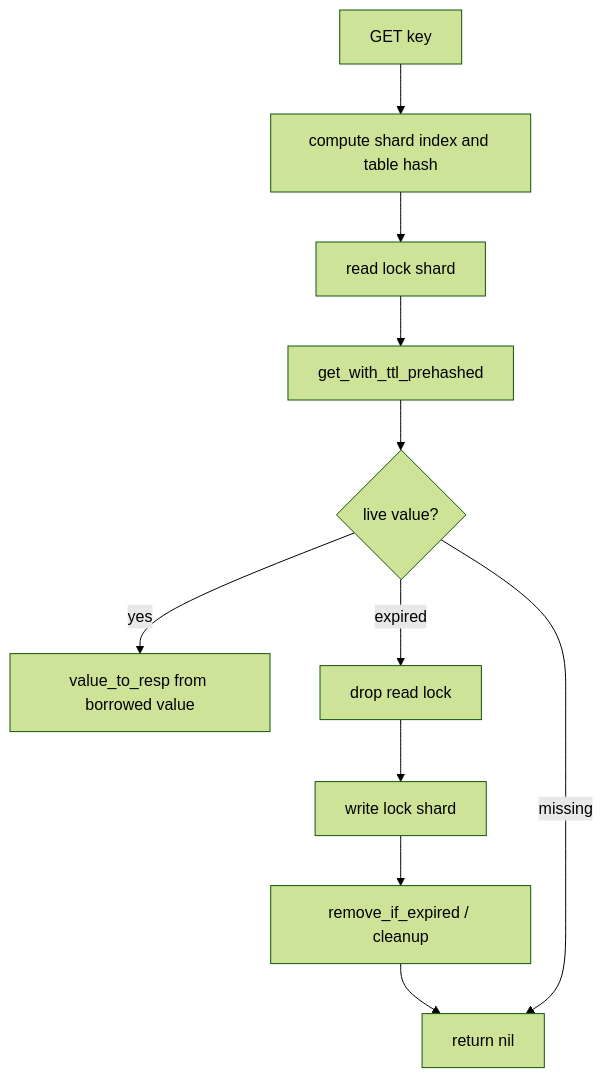
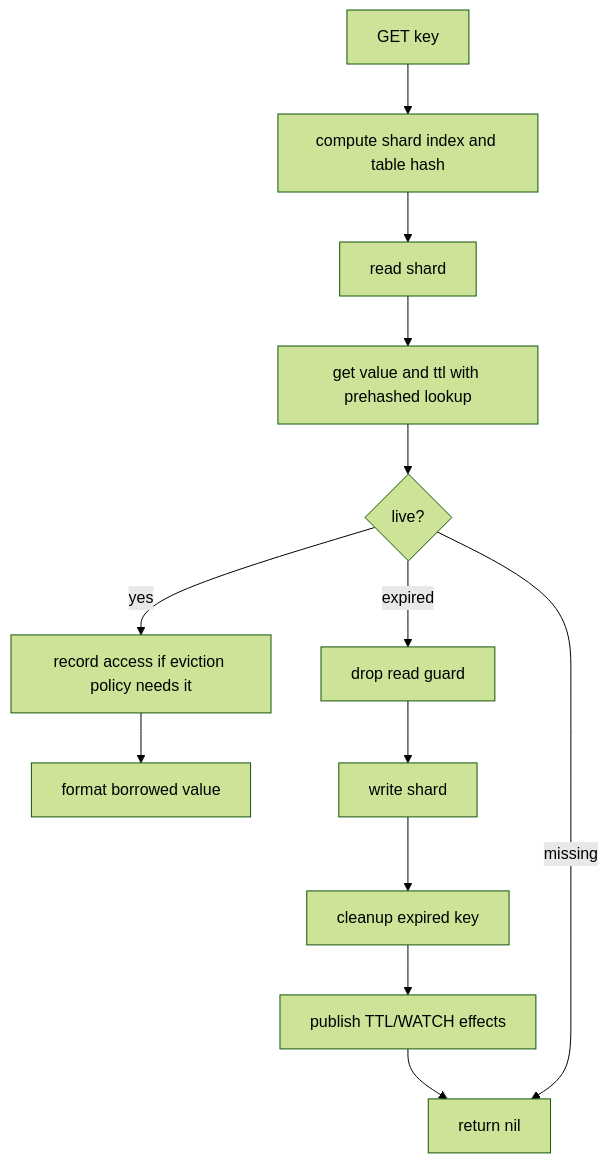
One commit to kevincaicedo/vortex changed the second of 2 diagrams in crates/vortex-engine/docs/04-command-execution.md. Above: the diagram before and after it, drawn with Mermaid (forest theme). The commit also changed other lines of this file and 18 other files, not shown here.

````diff
--- a/crates/vortex-engine/docs/04-command-execution.md
+++ b/crates/vortex-engine/docs/04-command-execution.md
@@ -194,13 +172,15 @@
 ```mermaid
 flowchart TD
     A[GET key] --> B[compute shard index and table hash]
-    B --> C[read lock shard]
-    C --> D[get_with_ttl_prehashed]
-    D --> E{live value?}
-    E -- yes --> F[value_to_resp from borrowed value]
-    E -- expired --> G[drop read lock]
-    G --> H[write lock shard]
-    H --> I[remove_if_expired / cleanup]
-    I --> J[return nil]
-    E -- missing --> J
+    B --> C[read shard]
+    C --> D[get value and ttl with prehashed lookup]
+    D --> E{live?}
+    E -- yes --> F[record access if eviction policy needs it]
+    F --> G[format borrowed value]
+    E -- expired --> H[drop read guard]
+    H --> I[write shard]
+    I --> J[cleanup expired key]
+    J --> K[publish TTL/WATCH effects]
+    K --> L[return nil]
+    E -- missing --> L
 ```
````
